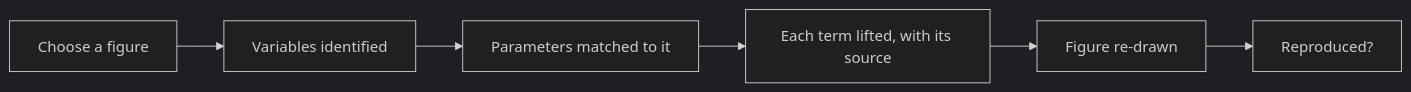
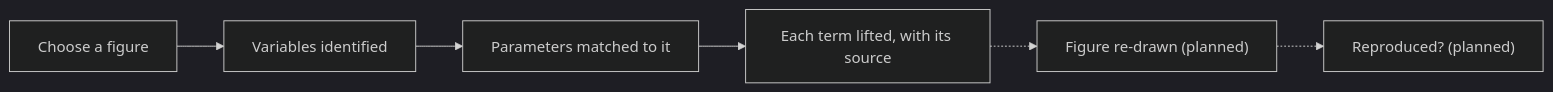
One commit to Lizo-RoadTown/sde-extraction changed the diagram in apps/docs/src/content/docs/start/reproduce.md. Above: the diagram before and after it, drawn with Mermaid (dark theme). The commit also changed other lines of this file and 7 other files, not shown here.

````diff
--- a/apps/docs/src/content/docs/start/reproduce.md
+++ b/apps/docs/src/content/docs/start/reproduce.md
@@ -10,8 +10,8 @@
 ```mermaid
 flowchart LR
   A["Choose a figure"] --> B["Variables identified"]
   B --> C["Parameters matched to it"]
   C --> D["Each term lifted, with its source"]
-  D --> E["Figure re-drawn"]
-  E --> F["Reproduced?"]
+  D -.-> E["Figure re-drawn (planned)"]
+  E -.-> F["Reproduced? (planned)"]
 ```
````
